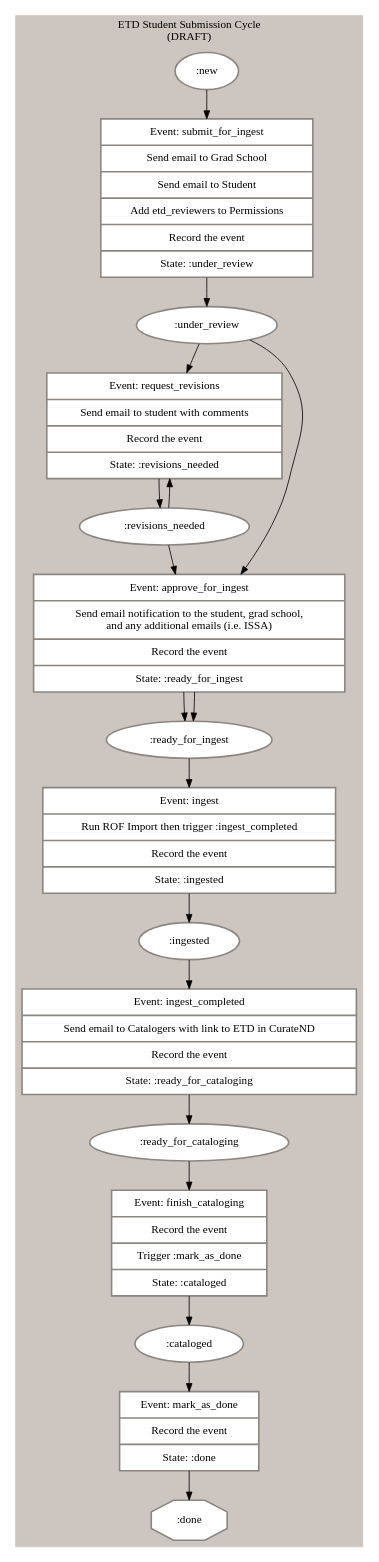
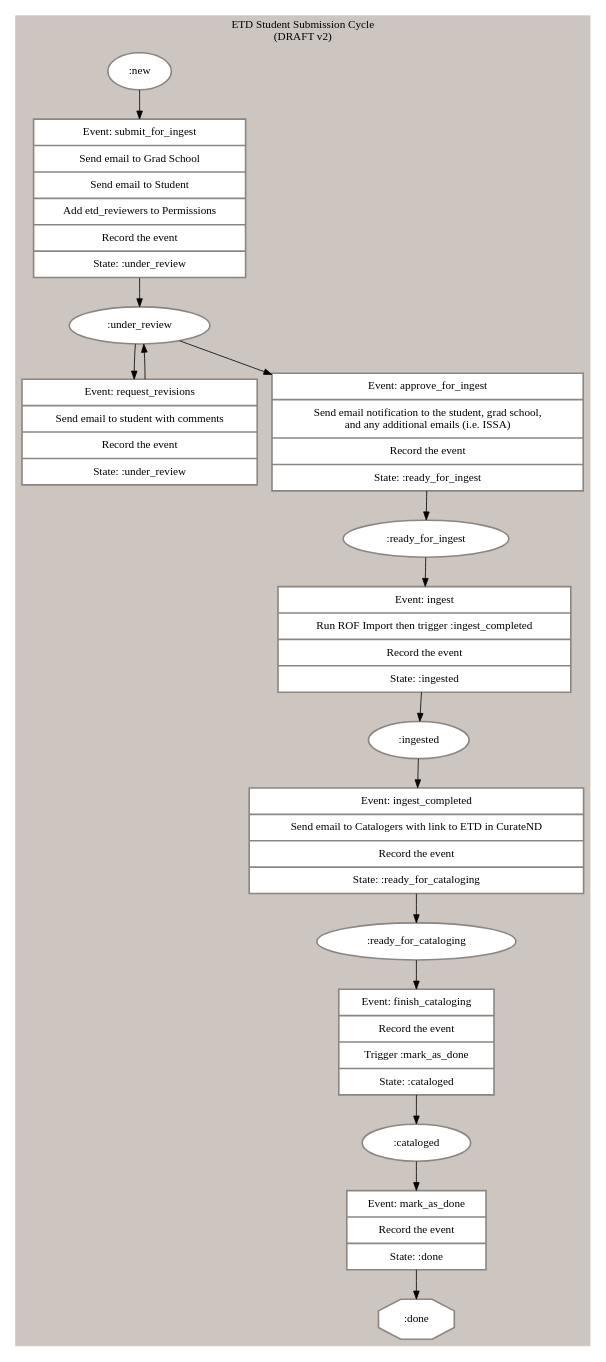
Before and after one commit to scholarworks/sipity: the diagram in artifacts/etd-submission-state-machine.dot, drawn with Graphviz. The commit also changed 1 other file, not shown here.

Commit message:
Updating ETD documentation

```diff
--- a/artifacts/etd-submission-state-machine.dot
+++ b/artifacts/etd-submission-state-machine.dot
@@ -1,39 +1,36 @@
 digraph "G" {
     compound=true;
     node[color="grey15" shape=record penwidth=2 margin="0.15, 0.125"];
 
     subgraph cluster_0 {
-        label="ETD Student Submission Cycle\n(DRAFT)"
+        label="ETD Student Submission Cycle\n(DRAFT v2)"
         color="seashell3"
         style="filled"
         node[style=filled fillcolor=white color="seashell4"]
 
         new [shape="oval" label=":new"]
         under_review[shape="oval" label=":under_review"]
-        revisions_needed[shape="oval" label=":revisions_needed"]
         ready_for_ingest[shape="oval" label=":ready_for_ingest"]
         ingested[shape="oval" label=":ingested"]
         ready_for_cataloging[shape="oval" label=":ready_for_cataloging"]
         cataloged[shape="oval" label=":cataloged"]
         done[shape="octagon" label=":done"]
 
         submit_for_ingest[shape="record" label="{ Event: submit_for_ingest | Send email to Grad School | Send email to Student | Add etd_reviewers to Permissions | Record the event | State: :under_review }"]
-        request_revisions[shape="record" label="{ Event: request_revisions | Send email to student with comments | Record the event | State: :revisions_needed }"]
+        request_revisions[shape="record" label="{ Event: request_revisions | Send email to student with comments | Record the event | State: :under_review }"]
         approve_for_ingest[shape="record" label="{ Event: approve_for_ingest | Send email notification to the student, grad school,\nand any additional emails (i.e. ISSA) | Record the event | State: :ready_for_ingest }"]
         ingest[shape="record" label="{ Event: ingest | Run ROF Import then trigger :ingest_completed | Record the event | State: :ingested }"]
         ingest_completed[shape="record" label="{ Event: ingest_completed | Send email to Catalogers with link to ETD in CurateND | Record the event | State: :ready_for_cataloging }"]
         finish_cataloging[shape="record" label="{ Event: finish_cataloging | Record the event | Trigger :mark_as_done | State: :cataloged }"]
         mark_as_done[shape="record" label="{ Event: mark_as_done | Record the event | State: :done }"]
 
         new -> submit_for_ingest -> under_review
-        under_review -> request_revisions -> revisions_needed
-        revisions_needed -> request_revisions
+        under_review -> request_revisions -> under_review
         under_review -> approve_for_ingest -> ready_for_ingest
-        revisions_needed -> approve_for_ingest -> ready_for_ingest
         ready_for_ingest -> ingest -> ingested
         ingested -> ingest_completed -> ready_for_cataloging
         ready_for_cataloging -> finish_cataloging -> cataloged
         cataloged -> mark_as_done -> done
     }
 
 }
```
